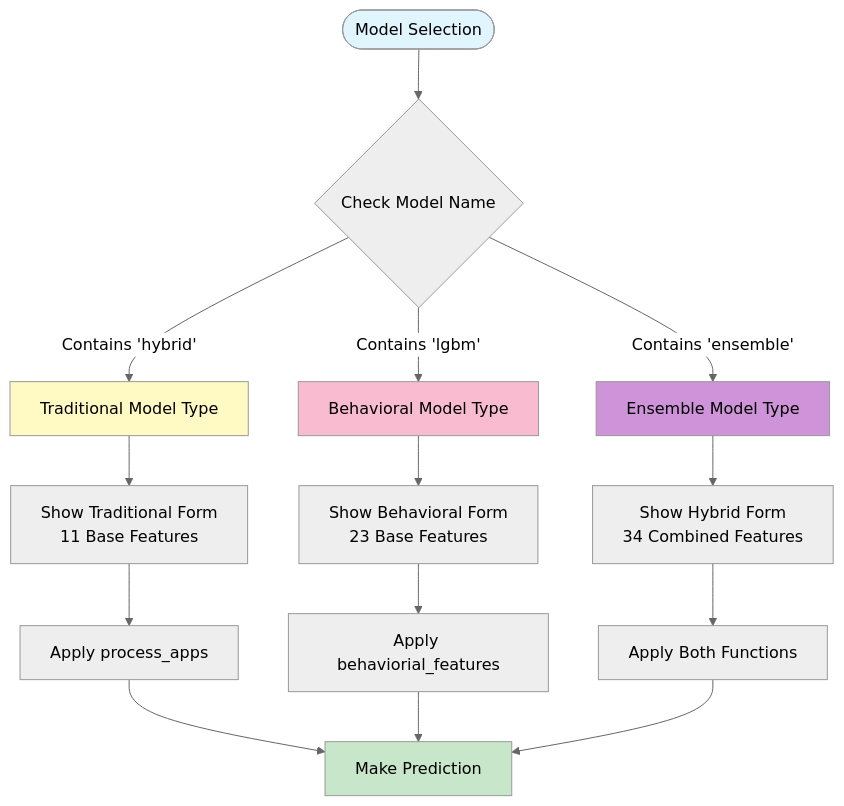
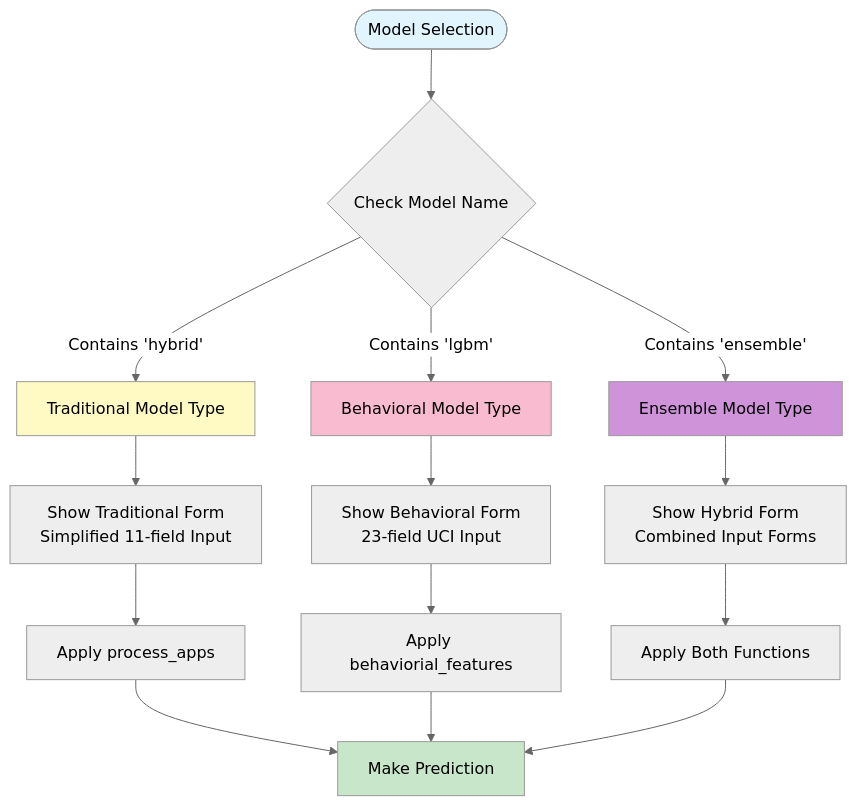
The ninth of 22 diagrams in MODEL_ARCHITECTURE_FLOWCHART.md (walterzenia/A-smart-Loan-default-hybrid-system), drawn with Mermaid (neutral theme) before and after one commit. The commit also changed other lines of this file and 14 other files, not shown here.

````diff
--- a/MODEL_ARCHITECTURE_FLOWCHART.md
+++ b/MODEL_ARCHITECTURE_FLOWCHART.md
@@ -272,26 +273,26 @@
 ```mermaid
 graph TD
     Start([Model Selection]) --> Check{Check Model Name}
 
     Check -->|Contains 'hybrid'| Trad[Traditional Model Type]
     Check -->|Contains 'lgbm'| Behav[Behavioral Model Type]
     Check -->|Contains 'ensemble'| Ens[Ensemble Model Type]
 
-    Trad --> TradForm[Show Traditional Form<br/>11 Base Features]
-    Behav --> BehavForm[Show Behavioral Form<br/>23 Base Features]
-    Ens --> EnsForm[Show Hybrid Form<br/>34 Combined Features]
+    Trad --> TradForm[Show Traditional Form<br/>Simplified 11-field Input]
+    Behav --> BehavForm[Show Behavioral Form<br/>23-field UCI Input]
+    Ens --> EnsForm[Show Hybrid Form<br/>Combined Input Forms]
 
     TradForm --> TradFE[Apply process_apps]
     BehavForm --> BehavFE[Apply behaviorial_features]
     EnsForm --> EnsFE[Apply Both Functions]
 
     TradFE --> Predict[Make Prediction]
     BehavFE --> Predict
     EnsFE --> Predict
 
     style Start fill:#e1f5ff
     style Trad fill:#fff9c4
     style Behav fill:#f8bbd0
     style Ens fill:#ce93d8
     style Predict fill:#c8e6c9
 ```
````
